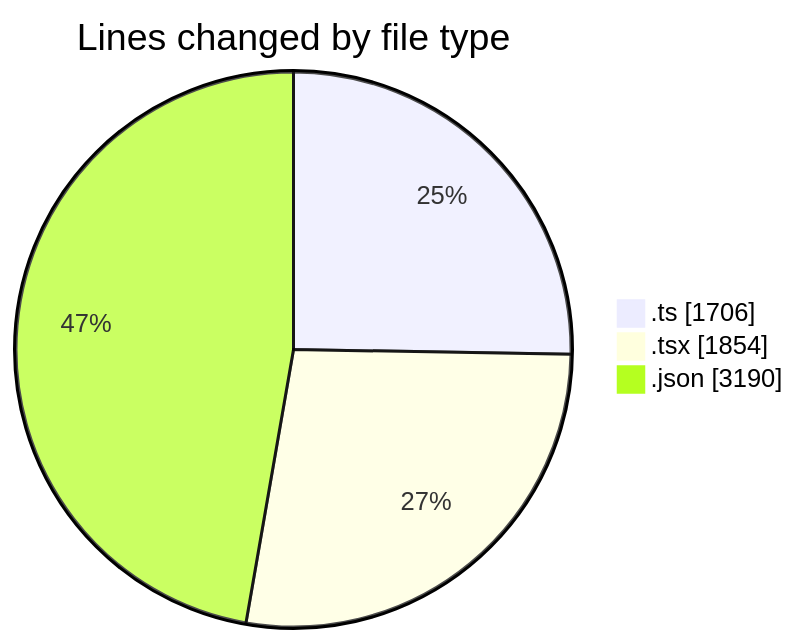
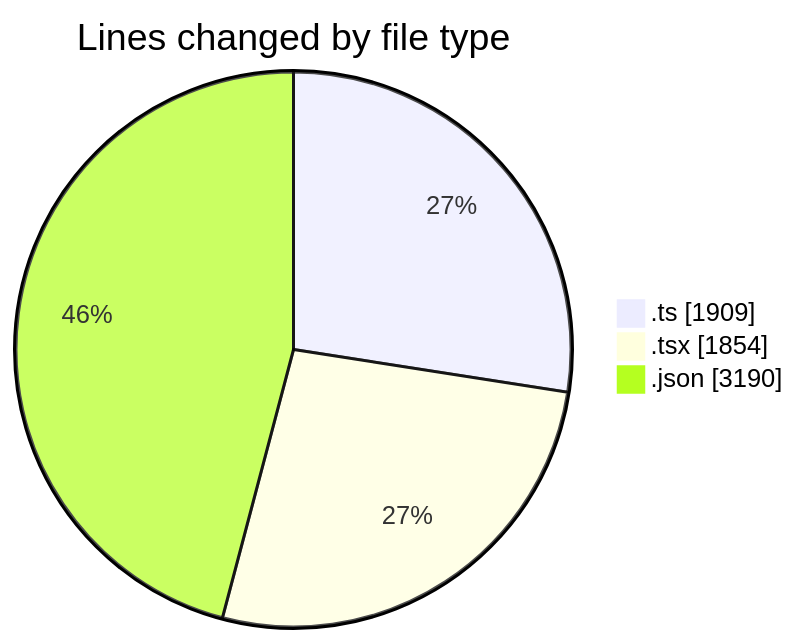
Before and after one commit to julien-gomy/code-tracking: the first of 2 diagrams in 2025-10-23/eventscop-frontend-guide__workspace_/README.md, drawn with Mermaid. The commit also changed other lines of this file and 1 other file, not shown here.

````diff
--- a/2025-10-23/eventscop-frontend-guide__workspace_/README.md
+++ b/2025-10-23/eventscop-frontend-guide__workspace_/README.md
@@ -33,7 +34,7 @@
 ```mermaid
 pie showData
 title Lines changed by file type
-".ts" : 1706
+".ts" : 1909
 ".tsx" : 1854
 ".json" : 3190
 ```
````
